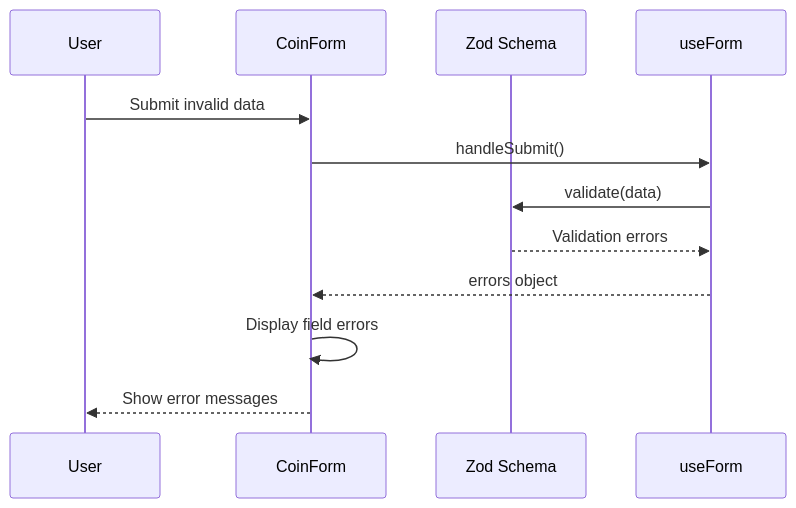
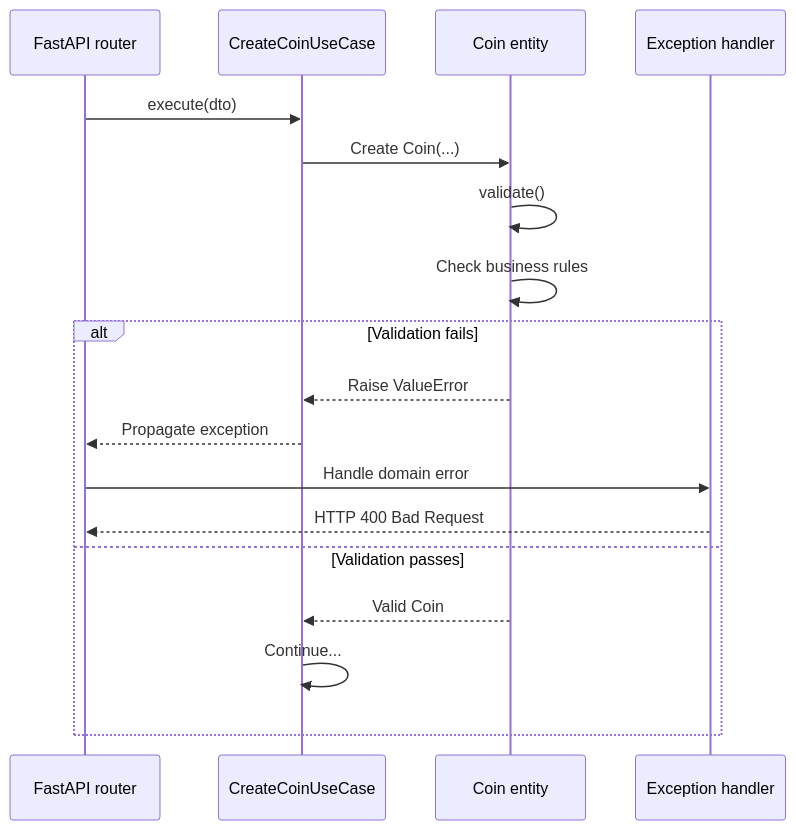
Before and after one commit to isayev/coinstack: diagram 16 of 18 in docs/ai-guide/06-DATA-FLOWS.md, drawn with Mermaid. The commit also changed other lines of this file and 6 other files, not shown here.

````diff
--- a/docs/ai-guide/06-DATA-FLOWS.md
+++ b/docs/ai-guide/06-DATA-FLOWS.md
@@ -529,15 +643,22 @@
 ```mermaid
 sequenceDiagram
-    participant User
-    participant Form as CoinForm
-    participant Zod as Zod Schema
-    participant Hook as useForm
+    participant Router as FastAPI router
+    participant UseCase as CreateCoinUseCase
+    participant Domain as Coin entity
+    participant Handler as Exception handler
 
-    User->>Form: Submit invalid data
-    Form->>Hook: handleSubmit()
-    Hook->>Zod: validate(data)
-    Zod-->>Hook: Validation errors
-    Hook-->>Form: errors object
-    Form->>Form: Display field errors
-    Form-->>User: Show error messages
+    Router->>UseCase: execute(dto)
+    UseCase->>Domain: Create Coin(...)
+    Domain->>Domain: validate()
+    Domain->>Domain: Check business rules
+
+    alt Validation fails
+        Domain-->>UseCase: Raise ValueError
+        UseCase-->>Router: Propagate exception
+        Router->>Handler: Handle domain error
+        Handler-->>Router: HTTP 400 Bad Request
+    else Validation passes
+        Domain-->>UseCase: Valid Coin
+        UseCase->>UseCase: Continue...
+    end
 ```
````
